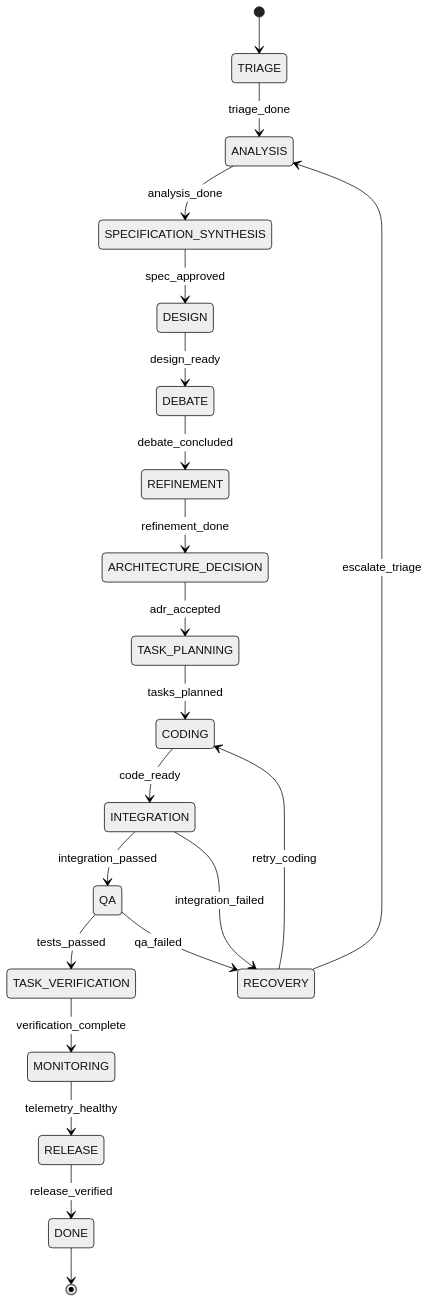
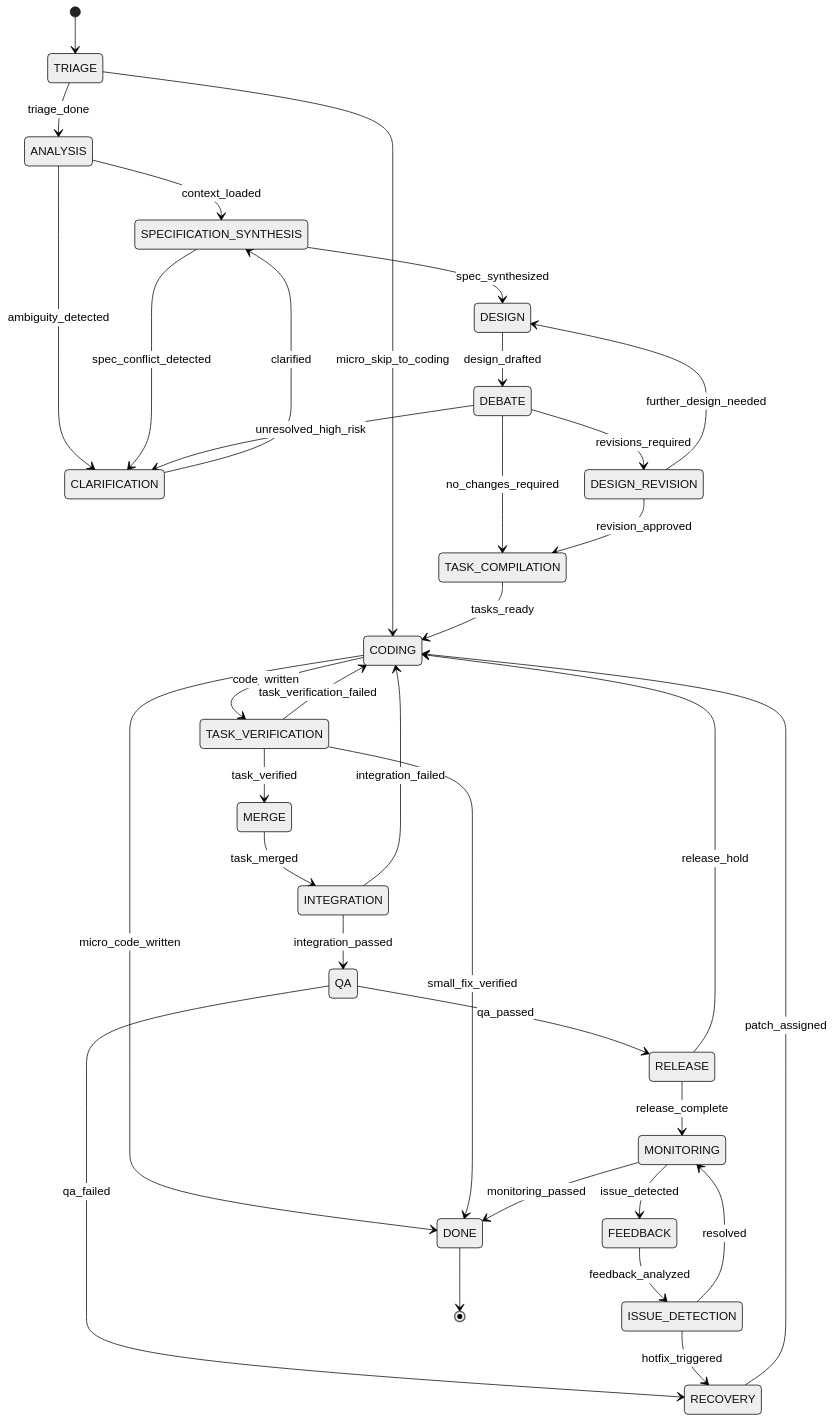
One commit to ak-bharadwaj/S-class changed the second of 6 diagrams in ARCHITECTURE.md. Above: the diagram before and after it, drawn with Mermaid (neutral theme). The commit also changed other lines of this file and 68 other files, not shown here.

````diff
--- a/ARCHITECTURE.md
+++ b/ARCHITECTURE.md
@@ -68,25 +68,37 @@
 ```mermaid
 stateDiagram-v2
     [*] --> TRIAGE
     TRIAGE --> ANALYSIS: triage_done
-    ANALYSIS --> SPECIFICATION_SYNTHESIS: analysis_done
-    SPECIFICATION_SYNTHESIS --> DESIGN: spec_approved
-    DESIGN --> DEBATE: design_ready
-    DEBATE --> REFINEMENT: debate_concluded
-    REFINEMENT --> ARCHITECTURE_DECISION: refinement_done
-    ARCHITECTURE_DECISION --> TASK_PLANNING: adr_accepted
-    TASK_PLANNING --> CODING: tasks_planned
-    CODING --> INTEGRATION: code_ready
+    TRIAGE --> CODING: micro_skip_to_coding
+    ANALYSIS --> SPECIFICATION_SYNTHESIS: context_loaded
+    ANALYSIS --> CLARIFICATION: ambiguity_detected
+    CLARIFICATION --> SPECIFICATION_SYNTHESIS: clarified
+    SPECIFICATION_SYNTHESIS --> DESIGN: spec_synthesized
+    SPECIFICATION_SYNTHESIS --> CLARIFICATION: spec_conflict_detected
+    DESIGN --> DEBATE: design_drafted
+    DEBATE --> TASK_COMPILATION: no_changes_required
+    DEBATE --> DESIGN_REVISION: revisions_required
+    DEBATE --> CLARIFICATION: unresolved_high_risk
+    DESIGN_REVISION --> TASK_COMPILATION: revision_approved
+    DESIGN_REVISION --> DESIGN: further_design_needed
+    TASK_COMPILATION --> CODING: tasks_ready
+    CODING --> TASK_VERIFICATION: code_written
+    CODING --> DONE: micro_code_written
+    TASK_VERIFICATION --> MERGE: task_verified
+    TASK_VERIFICATION --> CODING: task_verification_failed
+    TASK_VERIFICATION --> DONE: small_fix_verified
+    MERGE --> INTEGRATION: task_merged
     INTEGRATION --> QA: integration_passed
-    QA --> TASK_VERIFICATION: tests_passed
-    TASK_VERIFICATION --> MONITORING: verification_complete
-    MONITORING --> RELEASE: telemetry_healthy
-    RELEASE --> DONE: release_verified
+    INTEGRATION --> CODING: integration_failed
+    QA --> RELEASE: qa_passed
+    QA --> RECOVERY: qa_failed
+    RECOVERY --> CODING: patch_assigned
+    RELEASE --> MONITORING: release_complete
+    RELEASE --> CODING: release_hold
+    MONITORING --> DONE: monitoring_passed
+    MONITORING --> FEEDBACK: issue_detected
+    FEEDBACK --> ISSUE_DETECTION: feedback_analyzed
+    ISSUE_DETECTION --> RECOVERY: hotfix_triggered
+    ISSUE_DETECTION --> MONITORING: resolved
     DONE --> [*]
-
-    %% Failure / Recovery Transitions
-    INTEGRATION --> RECOVERY: integration_failed
-    QA --> RECOVERY: qa_failed
-    RECOVERY --> CODING: retry_coding
-    RECOVERY --> ANALYSIS: escalate_triage
 ```
````
